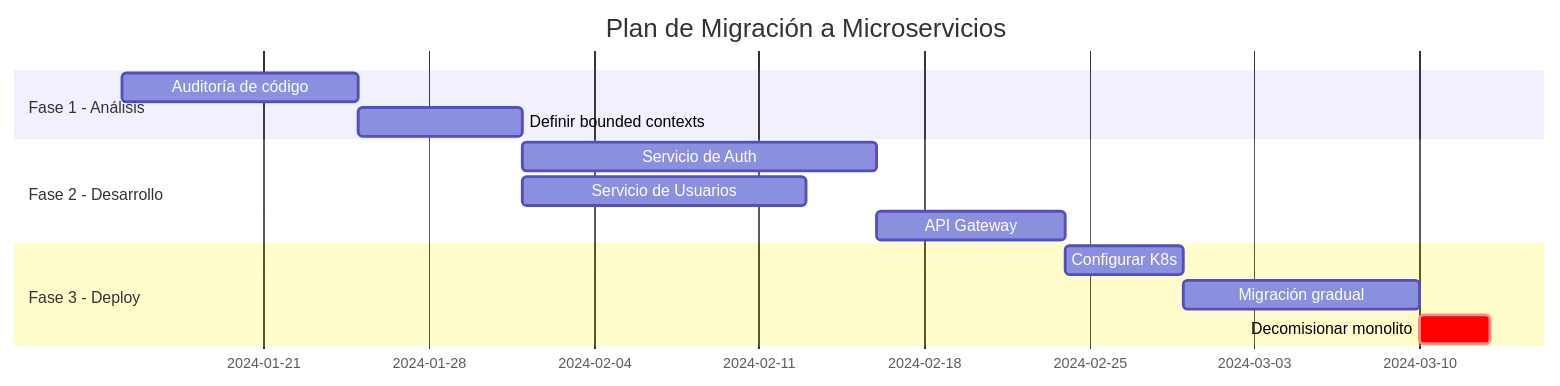
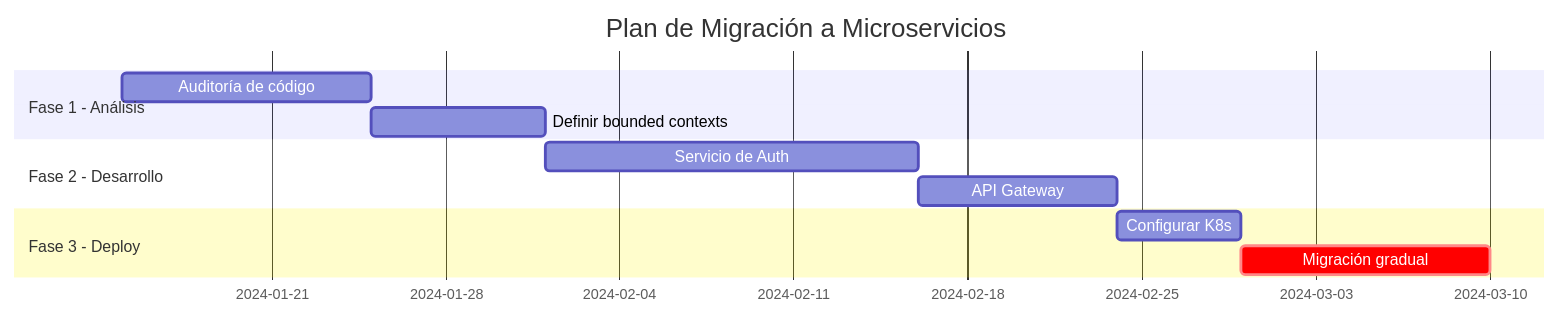
One commit to angelnoelduranflorez/mermaid-presentation changed the sixth of 16 diagrams in DIALOGO-PRESENTACION.md. Above: the diagram before and after it, drawn with Mermaid. The commit also changed other lines of this file and 2 other files, not shown here.

````diff
--- a/DIALOGO-PRESENTACION.md
+++ b/DIALOGO-PRESENTACION.md
@@ -430,19 +425,17 @@
 ```mermaid
 gantt
     title Plan de Migración a Microservicios
     dateFormat  YYYY-MM-DD
     
     section Fase 1 - Análisis
     Auditoría de código      :a1, 2024-01-15, 10d
     Definir bounded contexts :a2, after a1, 7d
     
     section Fase 2 - Desarrollo
     Servicio de Auth         :b1, after a2, 15d
-    Servicio de Usuarios     :b2, after a2, 12d
-    API Gateway              :b3, after b1, 8d
+    API Gateway              :b2, after b1, 8d
     
     section Fase 3 - Deploy
-    Configurar K8s           :c1, after b3, 5d
-    Migración gradual        :c2, after c1, 10d
-    Decomisionar monolito    :crit, c3, after c2, 3d
+    Configurar K8s           :c1, after b2, 5d
+    Migración gradual        :crit, c2, after c1, 10d
 ```
````
